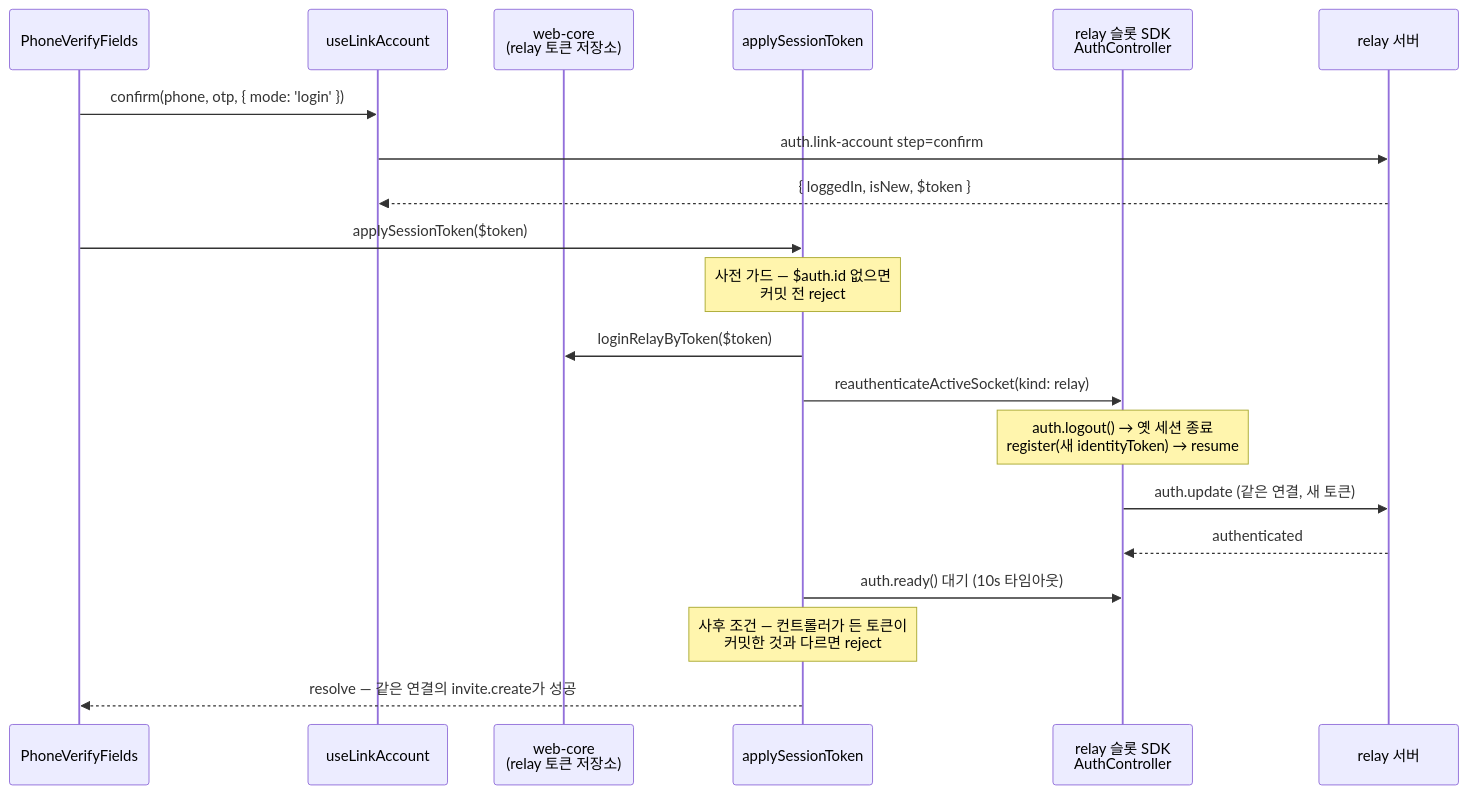
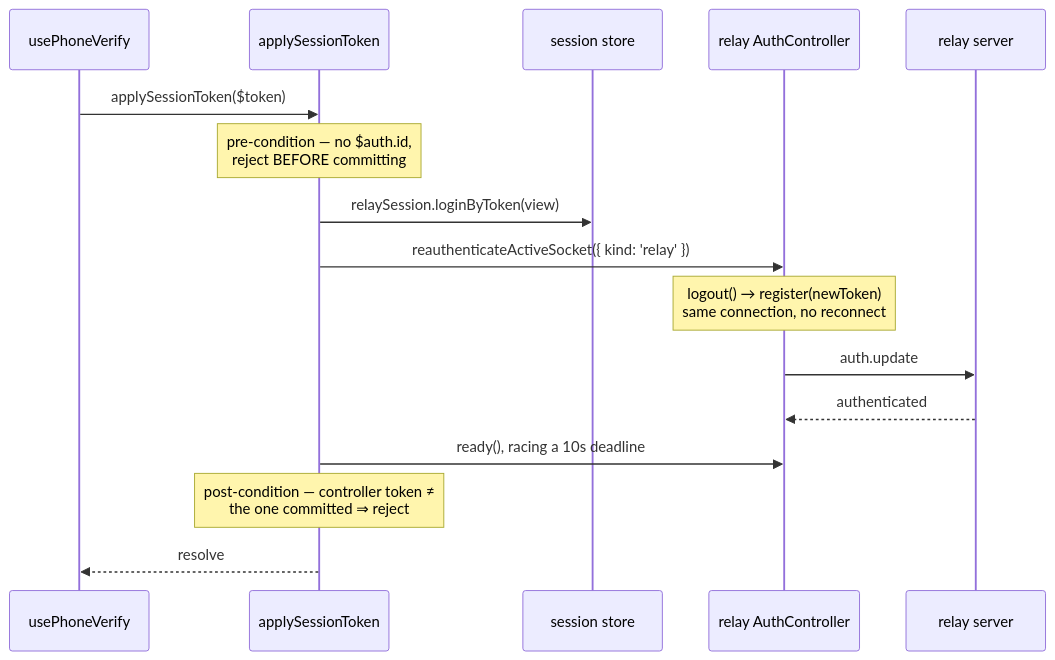
Before and after one commit to lemoncloud-io/dou-app: the second of 2 diagrams in apps/web/docs/feature/auth/phone-verification.md, drawn with Mermaid. The commit also changed other lines of this file, not shown here.

First line of the commit message:
docs(web): rewrite the phone verification doc in english

````diff
--- a/apps/web/docs/feature/auth/phone-verification.md
+++ b/apps/web/docs/feature/auth/phone-verification.md
@@ -232,23 +158,19 @@
 ```mermaid
 sequenceDiagram
-    participant UI as PhoneVerifyFields
-    participant H as useLinkAccount
-    participant WC as web-core<br/>(relay 토큰 저장소)
+    participant UI as usePhoneVerify
     participant AST as applySessionToken
-    participant SDK as relay 슬롯 SDK<br/>AuthController
-    participant SRV as relay 서버
+    participant S as session store
+    participant SDK as relay AuthController
+    participant SRV as relay server
 
-    UI->>H: confirm(phone, otp, { mode: 'login' })
-    H->>SRV: auth.link-account step=confirm
-    SRV-->>H: { loggedIn, isNew, $token }
     UI->>AST: applySessionToken($token)
-    Note over AST: 사전 가드 — $auth.id 없으면<br/>커밋 전 reject
-    AST->>WC: loginRelayByToken($token)
-    AST->>SDK: reauthenticateActiveSocket(kind: relay)
-    Note over SDK: auth.logout() → 옛 세션 종료<br/>register(새 identityToken) → resume
-    SDK->>SRV: auth.update (같은 연결, 새 토큰)
+    Note over AST: pre-condition — no $auth.id,<br/>reject BEFORE committing
+    AST->>S: relaySession.loginByToken(view)
+    AST->>SDK: reauthenticateActiveSocket({ kind: 'relay' })
+    Note over SDK: logout() → register(newToken)<br/>same connection, no reconnect
+    SDK->>SRV: auth.update
     SRV-->>SDK: authenticated
-    AST->>SDK: auth.ready() 대기 (10s 타임아웃)
-    Note over AST: 사후 조건 — 컨트롤러가 든 토큰이<br/>커밋한 것과 다르면 reject
-    AST-->>UI: resolve — 같은 연결의 invite.create가 성공
+    AST->>SDK: ready(), racing a 10s deadline
+    Note over AST: post-condition — controller token ≠<br/>the one committed ⇒ reject
+    AST-->>UI: resolve
 ```
````
